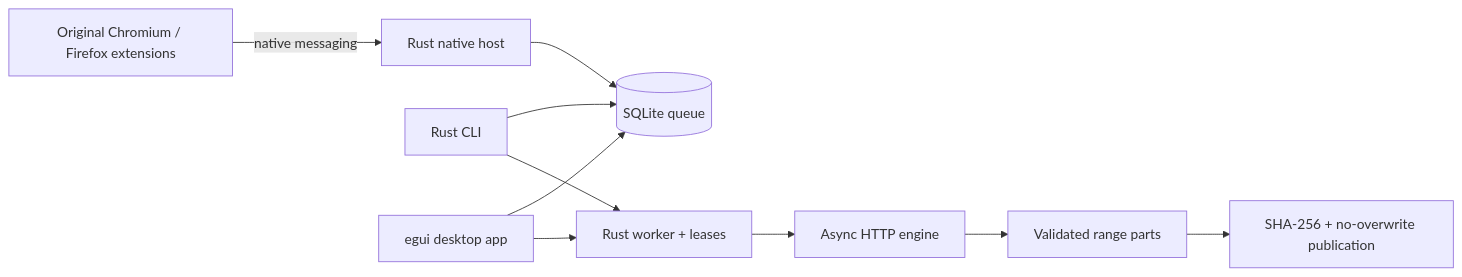
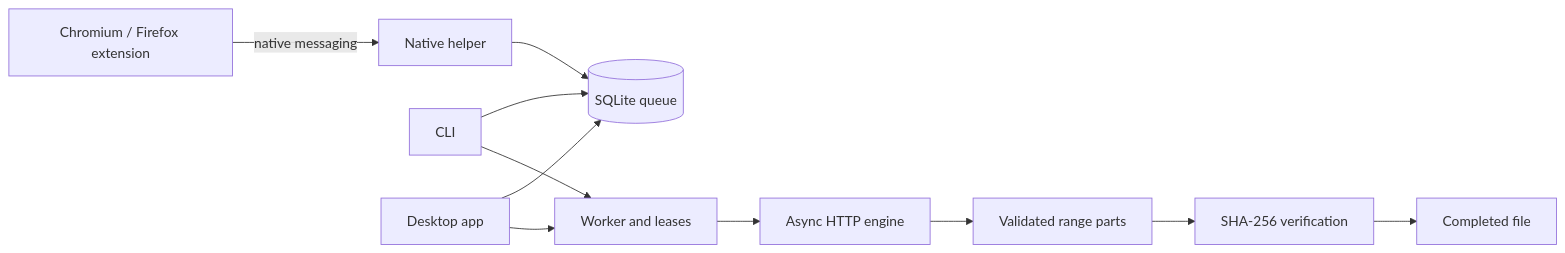
One commit to Mfuon2/rivet changed the diagram in docs/ARCHITECTURE.md. Above: the diagram before and after it, drawn with Mermaid. The commit also changed other lines of this file and 16 other files, not shown here.

````diff
--- a/docs/ARCHITECTURE.md
+++ b/docs/ARCHITECTURE.md
@@ -7,12 +5,13 @@
 ```mermaid
 flowchart LR
-  Browser[Original Chromium / Firefox extensions] -->|native messaging| Host[Rust native host]
+  Browser[Chromium / Firefox extension] -->|native messaging| Host[Native helper]
   Host --> Queue[(SQLite queue)]
-  CLI[Rust CLI] --> Queue
-  Desktop[egui desktop app] --> Queue
-  Desktop --> Worker[Rust worker + leases]
+  CLI[CLI] --> Queue
+  Desktop[Desktop app] --> Queue
+  Desktop --> Worker[Worker and leases]
   CLI --> Worker
   Worker --> Engine[Async HTTP engine]
   Engine --> Parts[Validated range parts]
-  Parts --> Hash[SHA-256 + no-overwrite publication]
+  Parts --> Hash[SHA-256 verification]
+  Hash --> Output[Completed file]
 ```
````
